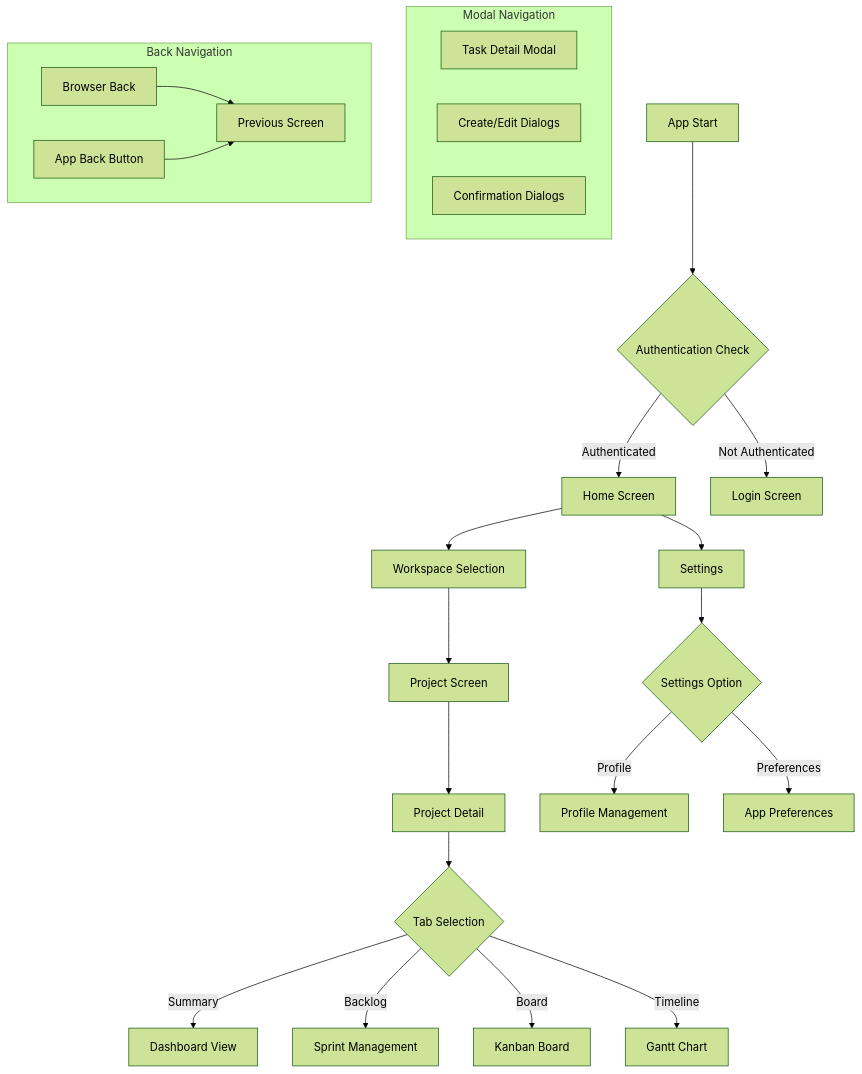
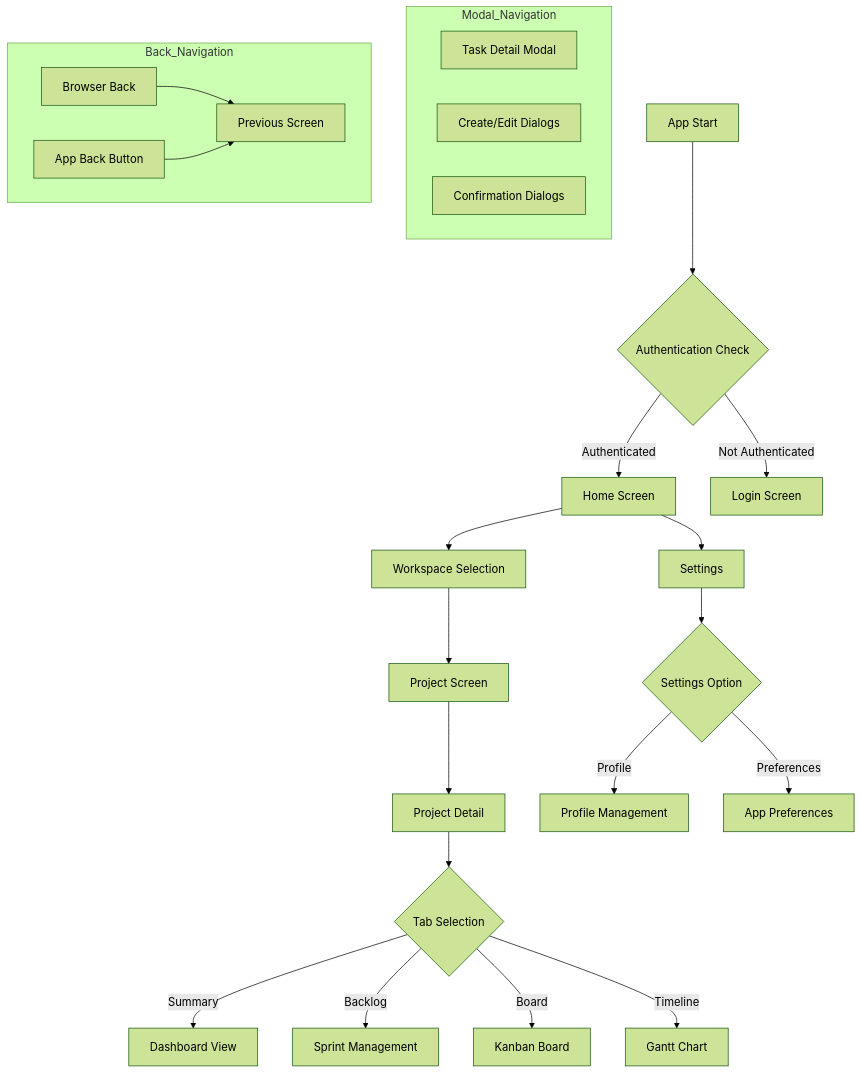
The eighth of 8 diagrams in flowchart.md (thisadee2897/intern_app), drawn with Mermaid (forest theme) before and after one commit. The commit also changed other lines of this file and 11 other files, not shown here.

````diff
--- a/flowchart.md
+++ b/flowchart.md
@@ -305,32 +305,32 @@
 ```mermaid
 flowchart TD
     A[App Start] --> B{Authentication Check}
     B -->|Authenticated| C[Home Screen]
     B -->|Not Authenticated| D[Login Screen]
     
     C --> E[Workspace Selection]
     E --> F[Project Screen]
     F --> G[Project Detail]
     
     G --> H{Tab Selection}
     H -->|Summary| I[Dashboard View]
     H -->|Backlog| J[Sprint Management]
     H -->|Board| K[Kanban Board]
     H -->|Timeline| L[Gantt Chart]
     
     C --> M[Settings]
     M --> N{Settings Option}
     N -->|Profile| O[Profile Management]
     N -->|Preferences| P[App Preferences]
     
-    subgraph "Modal Navigation"
+    subgraph Modal_Navigation
         Q[Task Detail Modal]
         R[Create/Edit Dialogs]
         S[Confirmation Dialogs]
     end
     
-    subgraph "Back Navigation"
+    subgraph Back_Navigation
         T[Browser Back] --> U[Previous Screen]
         V[App Back Button] --> U
     end
 ```
````
